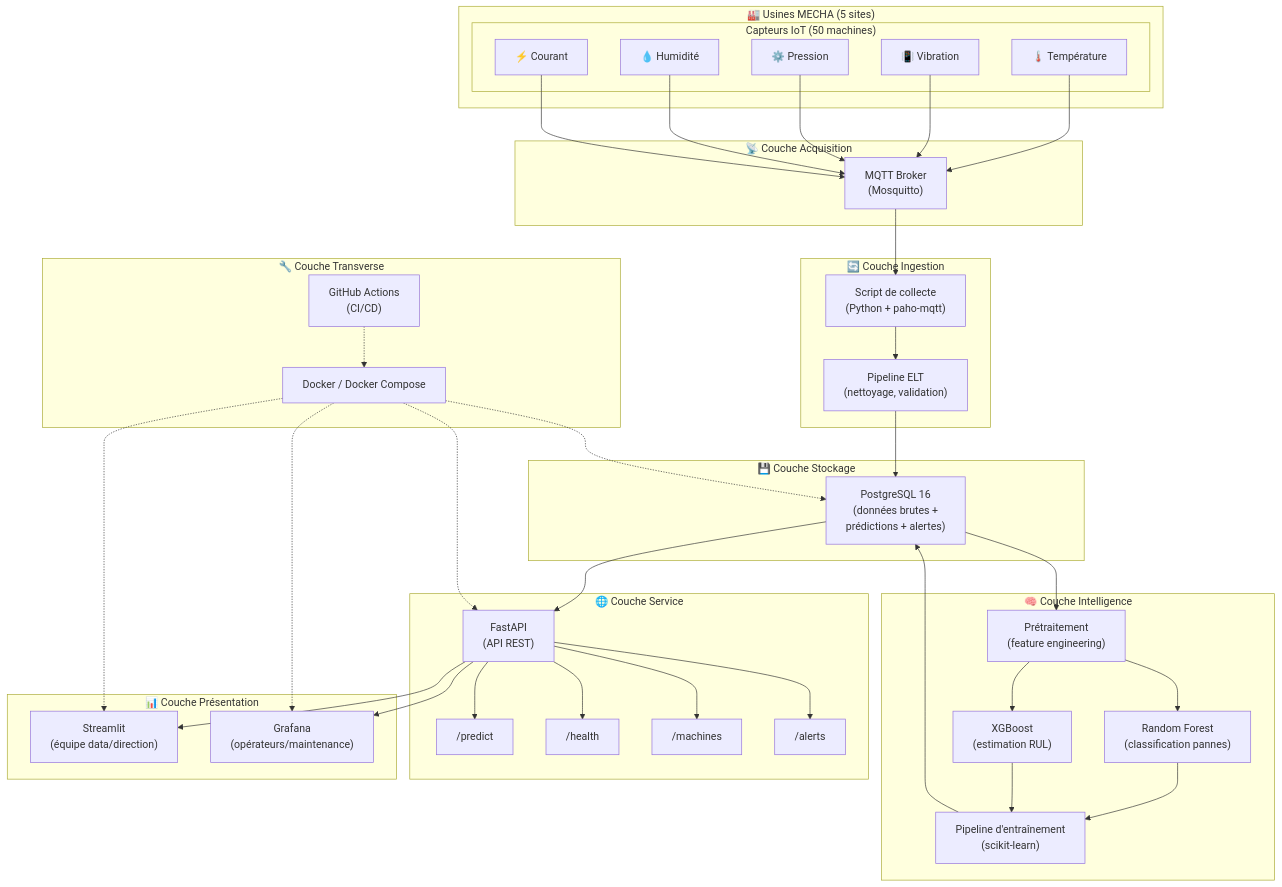
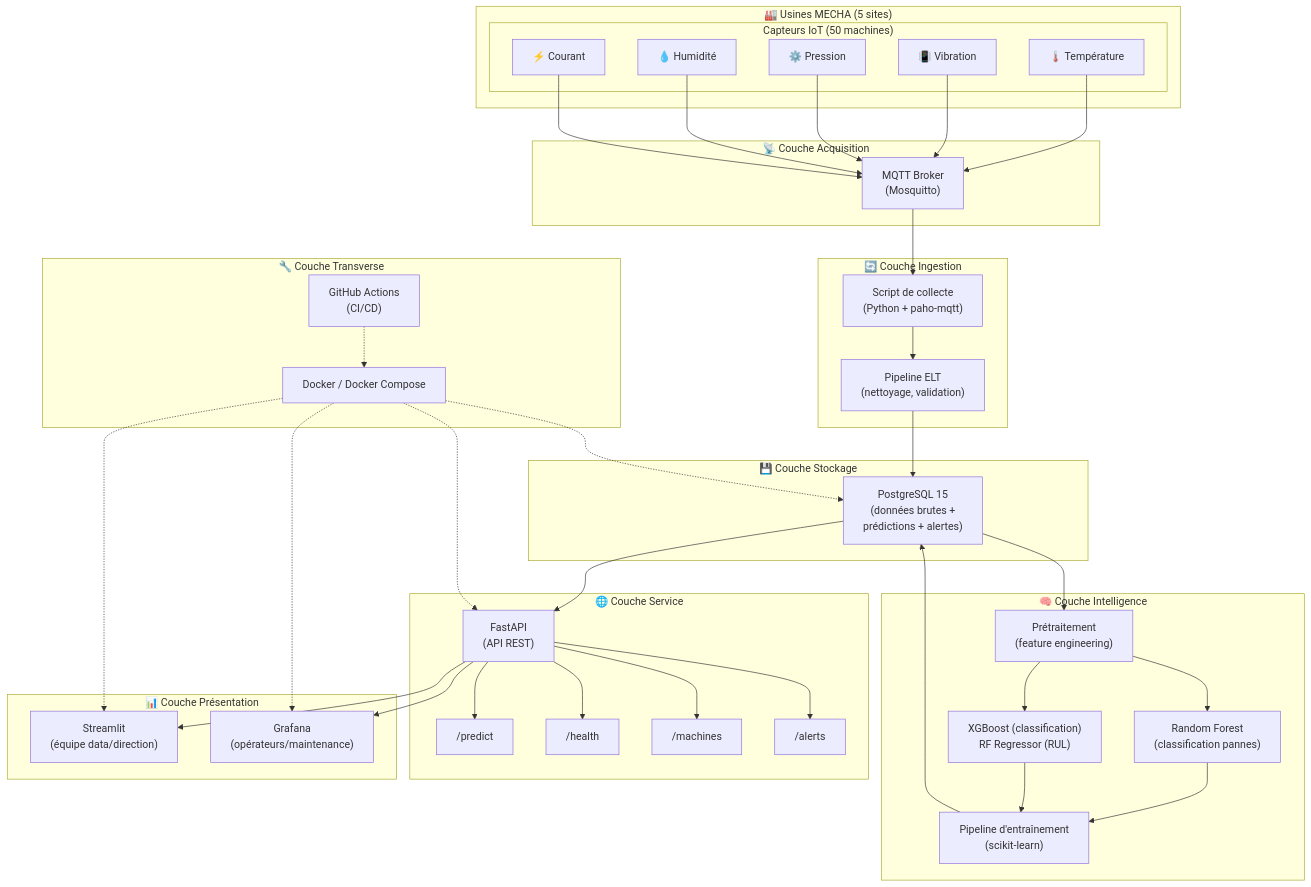
The first of 6 diagrams in docs/architecture.md (HASHT85/MSPR2-MECHA), drawn with Mermaid before and after one commit. The commit also changed other lines of this file and 34 other files, not shown here.

````diff
--- a/docs/architecture.md
+++ b/docs/architecture.md
@@ -42,65 +44,65 @@
 ```mermaid
 graph TB
     subgraph "🏭 Usines MECHA (5 sites)"
         subgraph "Capteurs IoT (50 machines)"
             S1["🌡️ Température"]
             S2["📳 Vibration"]
             S3["⚙️ Pression"]
             S4["💧 Humidité"]
             S5["⚡ Courant"]
         end
     end
 
     subgraph "📡 Couche Acquisition"
         MQTT["MQTT Broker<br/>(Mosquitto)"]
     end
 
     subgraph "🔄 Couche Ingestion"
         COLLECT["Script de collecte<br/>(Python + paho-mqtt)"]
         ETL["Pipeline ELT<br/>(nettoyage, validation)"]
     end
 
     subgraph "💾 Couche Stockage"
-        PG["PostgreSQL 16<br/>(données brutes +<br/>prédictions + alertes)"]
+        PG["PostgreSQL 15<br/>(données brutes +<br/>prédictions + alertes)"]
     end
 
     subgraph "🧠 Couche Intelligence"
         PREPROC["Prétraitement<br/>(feature engineering)"]
         RF["Random Forest<br/>(classification pannes)"]
-        XGB["XGBoost<br/>(estimation RUL)"]
+        XGB["XGBoost (classification)<br/>RF Regressor (RUL)"]
         TRAIN["Pipeline d'entraînement<br/>(scikit-learn)"]
     end
 
     subgraph "🌐 Couche Service"
         API["FastAPI<br/>(API REST)"]
         EP1["/predict"]
         EP2["/health"]
         EP3["/machines"]
         EP4["/alerts"]
     end
 
     subgraph "📊 Couche Présentation"
         STREAM["Streamlit<br/>(équipe data/direction)"]
         GRAF["Grafana<br/>(opérateurs/maintenance)"]
     end
 
     subgraph "🔧 Couche Transverse"
         DOCKER["Docker / Docker Compose"]
         GHACTIONS["GitHub Actions<br/>(CI/CD)"]
     end
 
     S1 & S2 & S3 & S4 & S5 --> MQTT
     MQTT --> COLLECT
     COLLECT --> ETL
     ETL --> PG
     PG --> PREPROC
     PREPROC --> RF & XGB
     RF & XGB --> TRAIN
     TRAIN --> PG
     PG --> API
     API --> EP1 & EP2 & EP3 & EP4
     API --> STREAM
     API --> GRAF
     DOCKER -.-> API & STREAM & GRAF & PG
     GHACTIONS -.-> DOCKER
 ```
````
